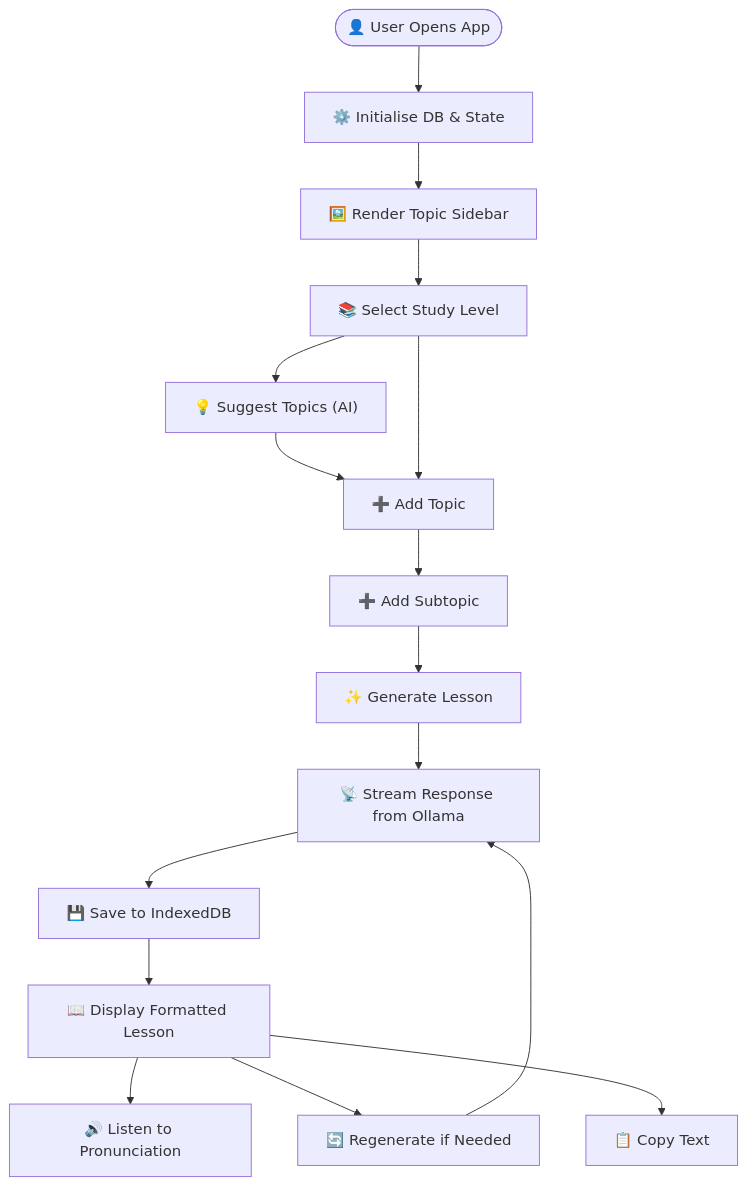
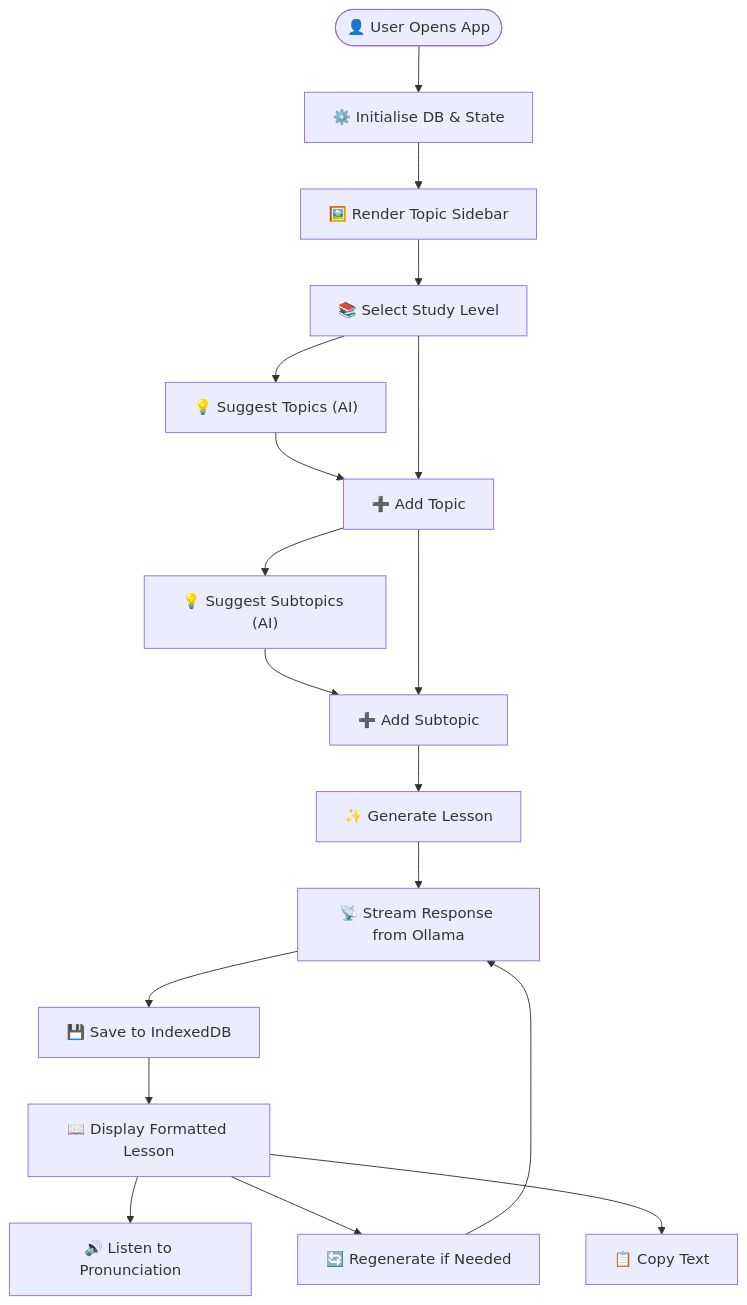
One commit to alangarrod/Spanish-Tutor changed the third of 4 diagrams in README.md. Above: the diagram before and after it, drawn with Mermaid. The commit also changed other lines of this file, not shown here.

````diff
--- a/README.md
+++ b/README.md
@@ -106,18 +107,20 @@
 ```mermaid
 flowchart TD
     Start(["👤 User Opens App"]) --> Init["⚙️ Initialise DB & State"]
     Init --> Render["🖼️ Render Topic Sidebar"]
     Render --> SelectLevel["📚 Select Study Level"]
     SelectLevel --> SuggestTopic["💡 Suggest Topics (AI)"]
     SuggestTopic --> AddTopic["➕ Add Topic"]
     SelectLevel --> AddTopic
-    AddTopic --> AddSubtopic["➕ Add Subtopic"]
+    AddTopic --> SuggestSubtopic["💡 Suggest Subtopics (AI)"]
+    SuggestSubtopic --> AddSubtopic["➕ Add Subtopic"]
+    AddTopic --> AddSubtopic
     AddSubtopic --> Generate["✨ Generate Lesson"]
     Generate --> Streaming["📡 Stream Response from Ollama"]
     Streaming --> Save["💾 Save to IndexedDB"]
     Save --> Display["📖 Display Formatted Lesson"]
     Display --> Listen["🔊 Listen to Pronunciation"]
     Display --> Regenerate["🔄 Regenerate if Needed"]
     Regenerate --> Streaming
     Display --> Copy["📋 Copy Text"]
 ```
````
